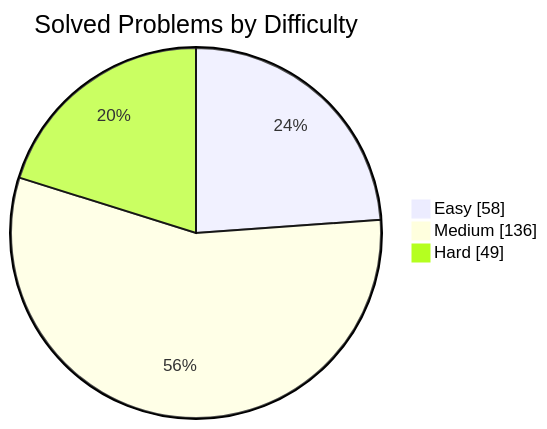
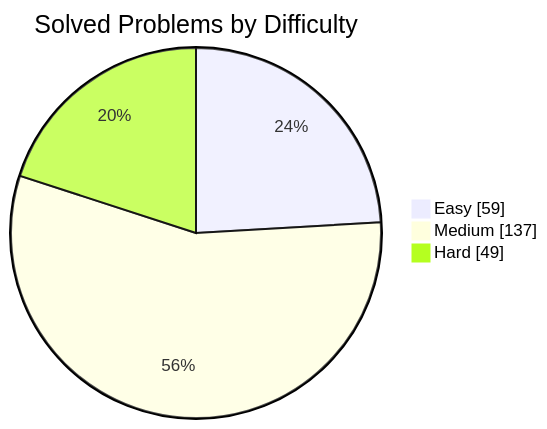
One commit to manikantbindass/DSA-Preparation-FAANG changed the first of 2 diagrams in README.md. Above: the diagram before and after it, drawn with Mermaid. The commit also changed other lines of this file and 1 other file, not shown here.

````diff
--- a/README.md
+++ b/README.md
@@ -40,7 +40,7 @@
 ```mermaid
 pie showData
     title Solved Problems by Difficulty
-    "Easy" : 58
-    "Medium" : 136
+    "Easy" : 59
+    "Medium" : 137
     "Hard" : 49
 ```
````
